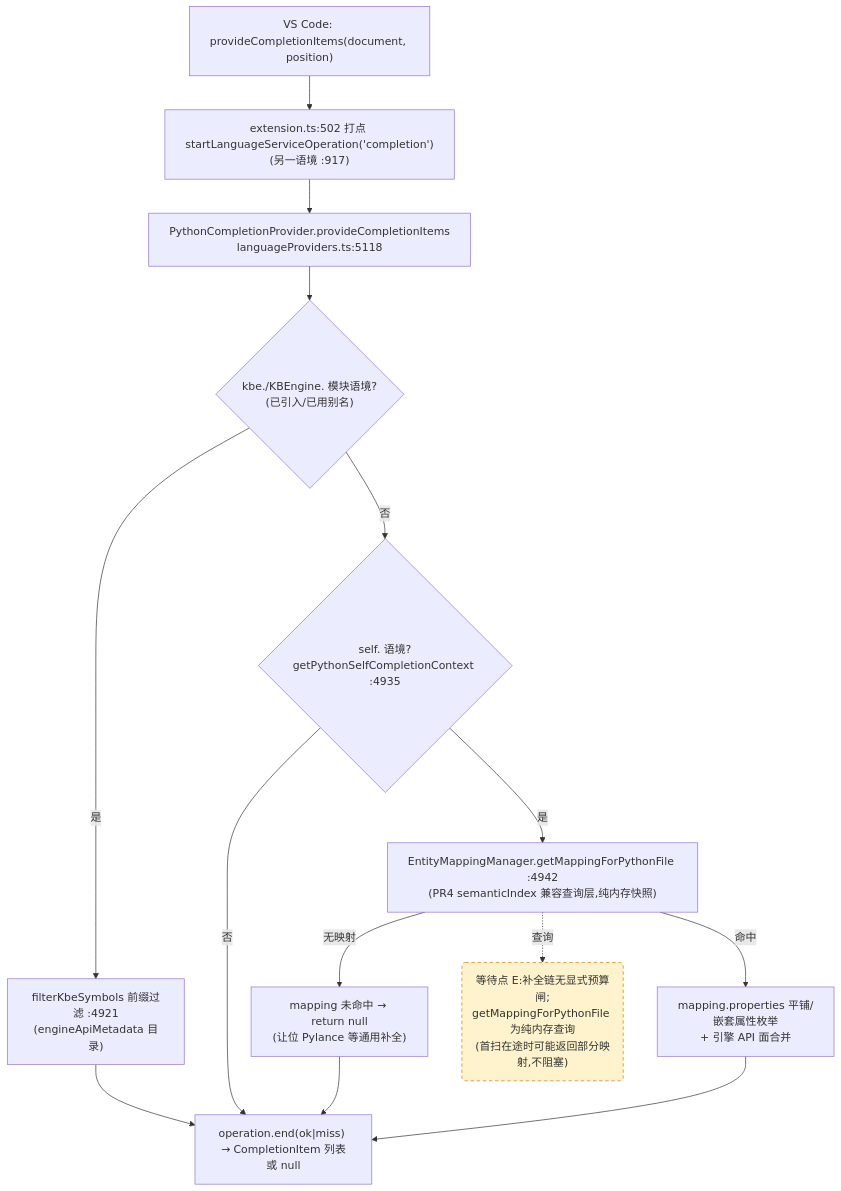
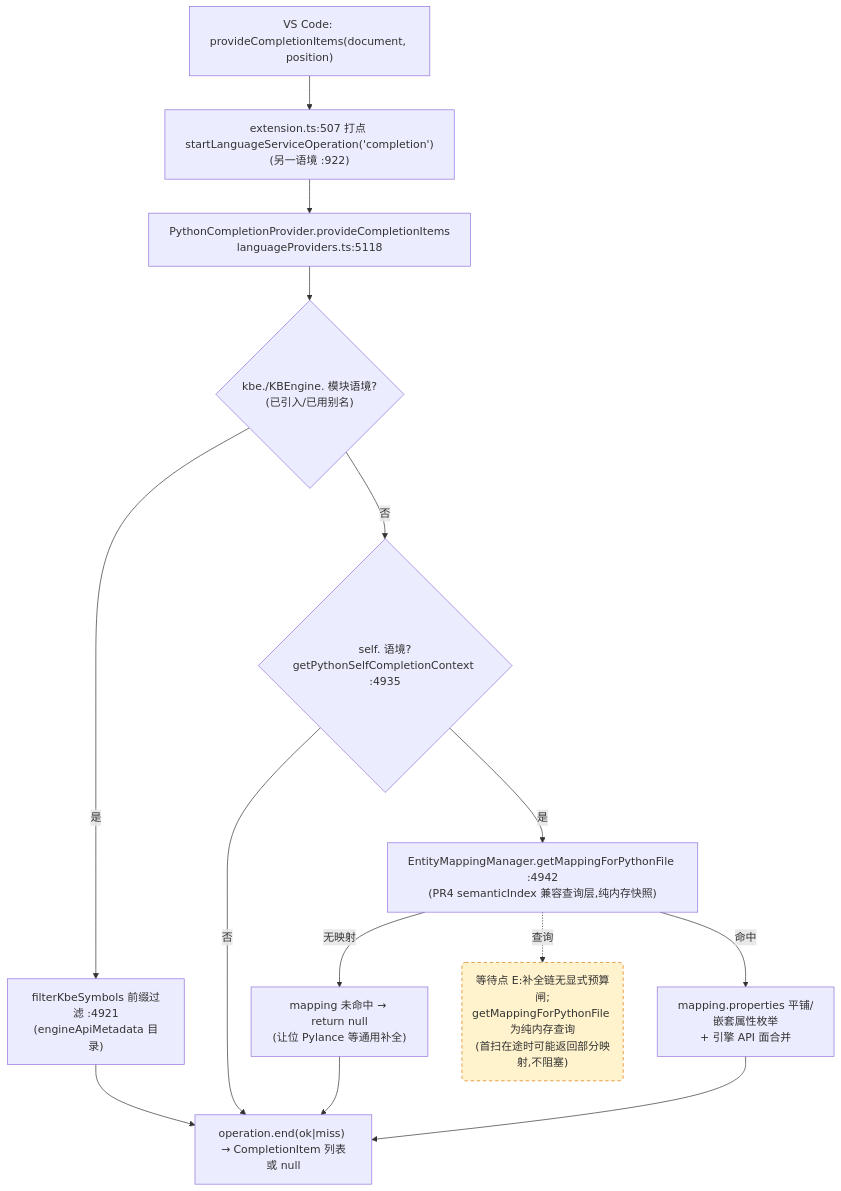
One commit to cuihairu/kode changed the third of 4 diagrams in docs/perf/2026-baseline.md. Above: the diagram before and after it, drawn with Mermaid. The commit also changed other lines of this file and 4 other files, not shown here.

````diff
--- a/docs/perf/2026-baseline.md
+++ b/docs/perf/2026-baseline.md
@@ -184,27 +184,27 @@
 ```mermaid
 flowchart TD
   VC3["VS Code: provideCompletionItems(document, position)"]
-  M3["extension.ts:502 打点 startLanguageServiceOperation('completion')<br/>(另一语境 :917)"]
+  M3["extension.ts:507 打点 startLanguageServiceOperation('completion')<br/>(另一语境 :922)"]
   CP["PythonCompletionProvider.provideCompletionItems<br/>languageProviders.ts:5118"]
   KBEC{"kbe./KBEngine. 模块语境?<br/>(已引入/已用别名)"}
   FILTER["filterKbeSymbols 前缀过滤 :4921<br/>(engineApiMetadata 目录)"]
   SELFC{"self. 语境?<br/>getPythonSelfCompletionContext :4935"}
   MAP["EntityMappingManager.getMappingForPythonFile :4942<br/>(PR4 semanticIndex 兼容查询层,纯内存快照)"]
   NOMAP["mapping 未命中 → return null<br/>(让位 Pylance 等通用补全)"]
   PROPS["mapping.properties 平铺/嵌套属性枚举<br/>+ 引擎 API 面合并"]
   END3["operation.end(ok|miss) → CompletionItem 列表或 null"]
 
   VC3 --> M3 --> CP --> KBEC
   KBEC -- "是" --> FILTER --> END3
   KBEC -- "否" --> SELFC
   SELFC -- "否" --> END3
   SELFC -- "是" --> MAP
   MAP -- "无映射" --> NOMAP --> END3
   MAP -- "命中" --> PROPS --> END3
 
   WAITE("等待点 E:补全链无显式预算闸;<br/>getMappingForPythonFile 为纯内存查询<br/>(首扫在途时可能返回部分映射,不阻塞)")
   MAP -.->|查询| WAITE
 
   classDef waitPoint fill:#fff3cd,stroke:#d97706,stroke-dasharray:5 4;
   class WAITE waitPoint;
 ```
````
